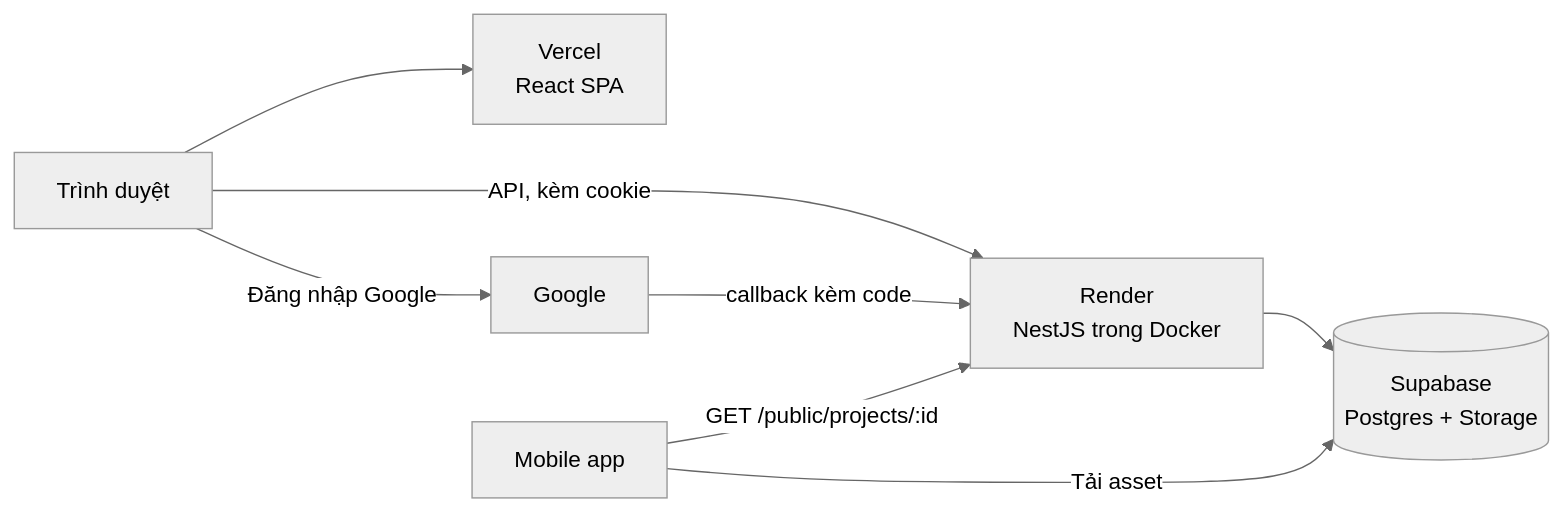
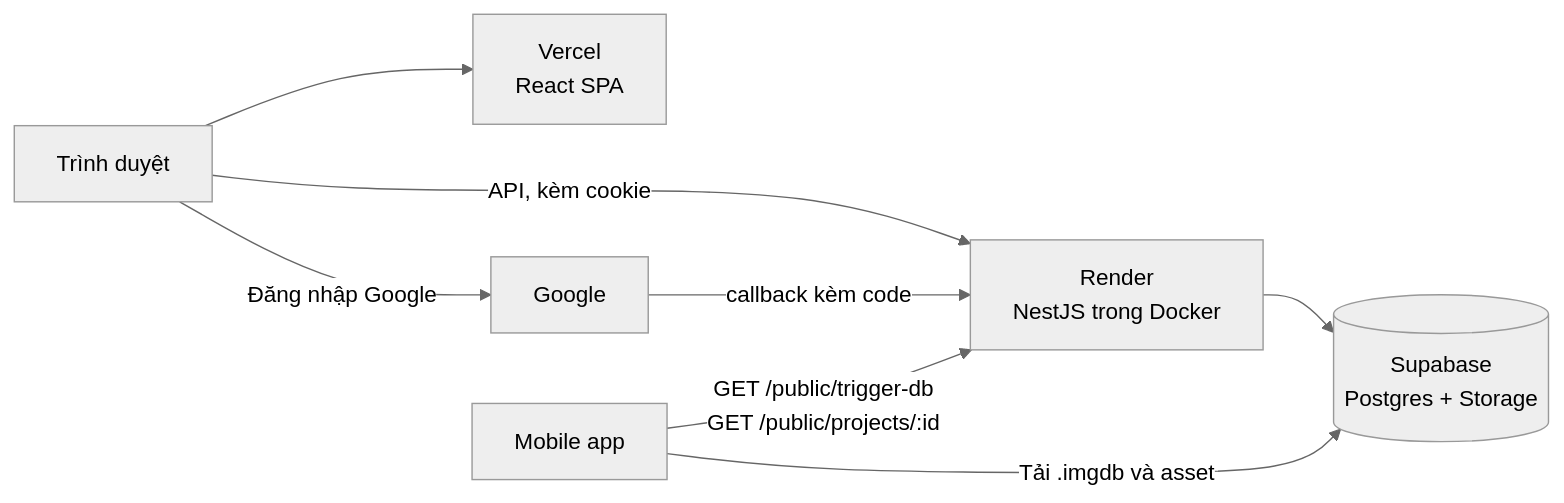
Before and after one commit to HaoKiet10/Augmented-Reality: the first of 2 diagrams in wiki/Deployment.md, drawn with Mermaid (neutral theme). The commit also changed other lines of this file and 1 other file, not shown here.

````diff
--- a/wiki/Deployment.md
+++ b/wiki/Deployment.md
@@ -14,10 +14,10 @@
 ```mermaid
 flowchart LR
     BR["Trình duyệt"] --> VE["Vercel<br/>React SPA"]
     BR -- "API, kèm cookie" --> RE["Render<br/>NestJS trong Docker"]
     BR -- "Đăng nhập Google" --> GO["Google"]
     GO -- "callback kèm code" --> RE
     RE --> SB[("Supabase<br/>Postgres + Storage")]
-    MO["Mobile app"] -- "GET /public/projects/:id" --> RE
-    MO -- "Tải asset" --> SB
+    MO["Mobile app"] -- "GET /public/trigger-db<br/>GET /public/projects/:id" --> RE
+    MO -- "Tải .imgdb và asset" --> SB
 ```
````
